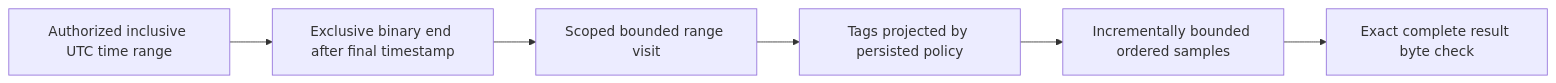
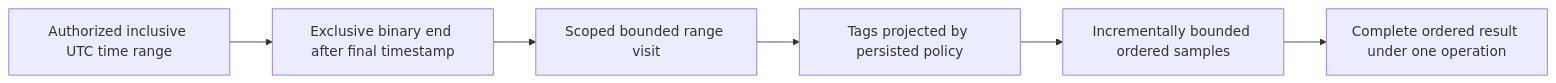
One commit to managedcode/KeyLoad changed the first of 3 diagrams in docs/Features/TimeSeries.md. Above: the diagram before and after it, drawn with Mermaid. The commit also changed other lines of this file and 673 other files, not shown here.

````diff
--- a/docs/Features/TimeSeries.md
+++ b/docs/Features/TimeSeries.md
@@ -31,8 +31,8 @@
 ```mermaid
 flowchart LR
  Range[Authorized inclusive UTC time range] --> Keys[Exclusive binary end after final timestamp]
  Keys --> Visitor[Scoped bounded range visit]
  Visitor --> Projection[Tags projected by persisted policy]
  Projection --> Result[Incrementally bounded ordered samples]
- Result --> Envelope[Exact complete result byte check]
+ Result --> Envelope[Complete ordered result under one operation]
 ```
````
